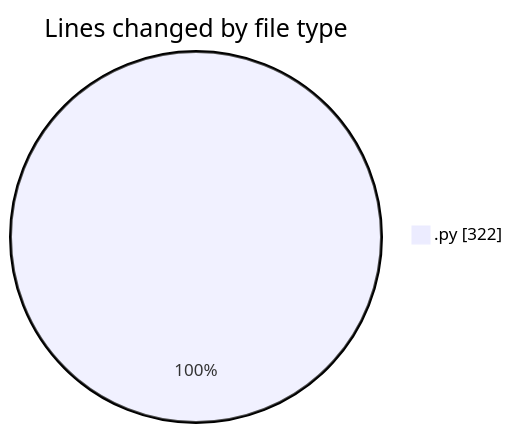
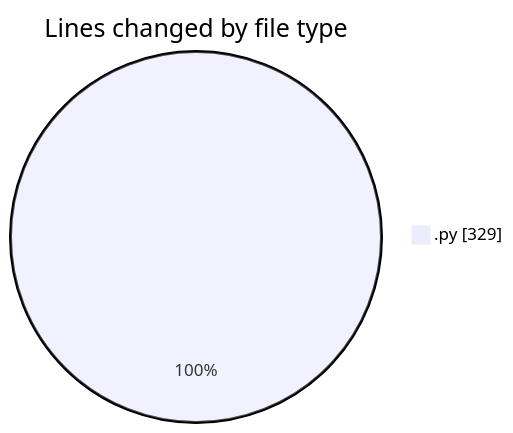
One commit to hasnaa123/code-tracking changed the first of 2 diagrams in 2026-03-03/student_performance_system/README.md. Above: the diagram before and after it, drawn with Mermaid. The commit also changed other lines of this file and 1 other file, not shown here.

````diff
--- a/2026-03-03/student_performance_system/README.md
+++ b/2026-03-03/student_performance_system/README.md
@@ -20,5 +20,5 @@
 ```mermaid
 pie showData
 title Lines changed by file type
-".py" : 322
+".py" : 329
 ```
````
